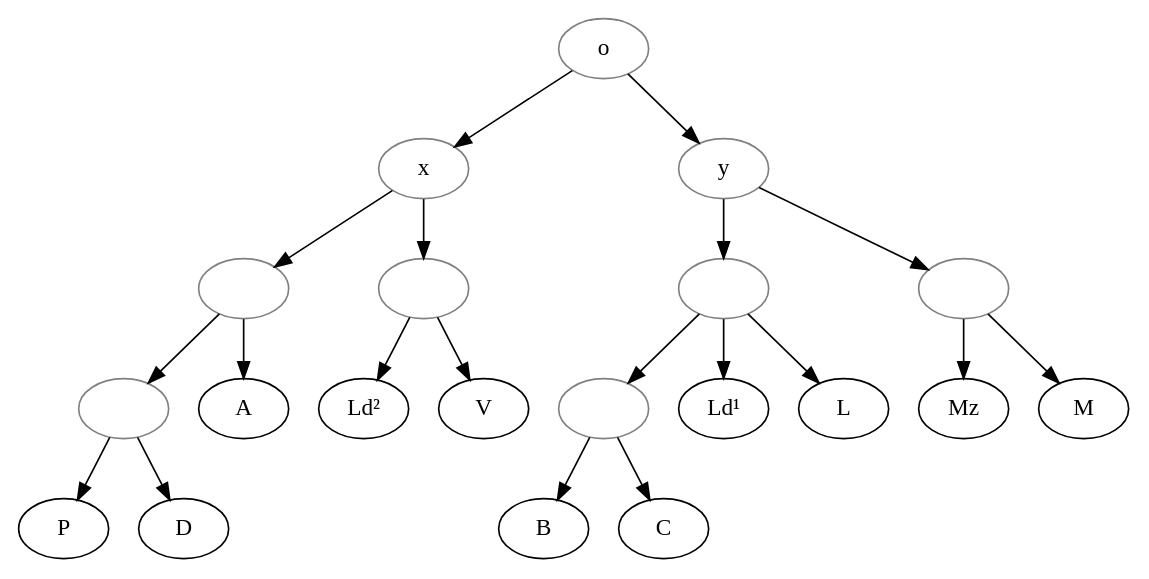
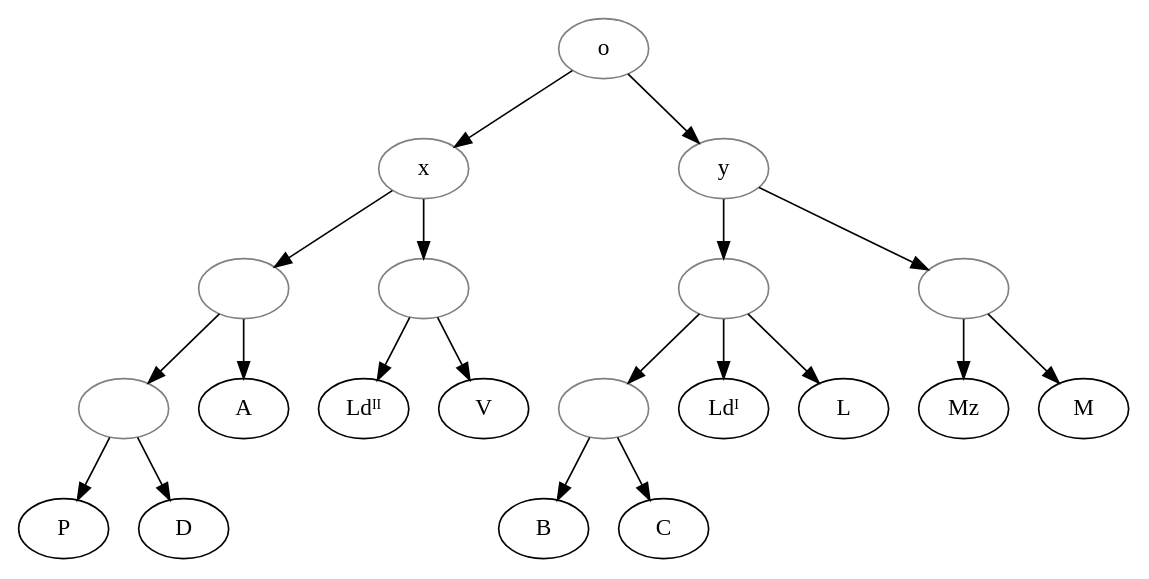
Before and after one commit to OpenStemmata/database: the diagram in data/fro/Korte_1914_RenMont1/stemma.gv, drawn with Graphviz. The commit also changed 5 other files, not shown here.

```diff
--- a/data/fro/Korte_1914_RenMont1/stemma.gv
+++ b/data/fro/Korte_1914_RenMont1/stemma.gv
@@ -1,34 +1,34 @@
 digraph {
 
     o[color="grey"];
     x[color="grey"];
     y[color="grey"];
     1[color="grey", label=""];
     2[color="grey", label=""];
     3[color="grey", label=""];
     4[color="grey", label=""];
     5[color="grey", label=""];
     6[color="grey", label=""];
-    Ld1[label="Ld¹"]
-    Ld2[label="Ld²"]
+    Ld1[label="Ldᴵ"]
+    Ld2[label="Ldᴵᴵ"]
 
     o->y;
     y->1;
     1->2;
     2->B;
     2->C;
     1->Ld1;
     1->L;
     y->3;
     3->Mz;
     3->M;
     o->x;
     x->4;
     4->5;
     5->P;
     5->D;
     4->A;
     x->6;
     6->Ld2;
     6->V;
 }
```
